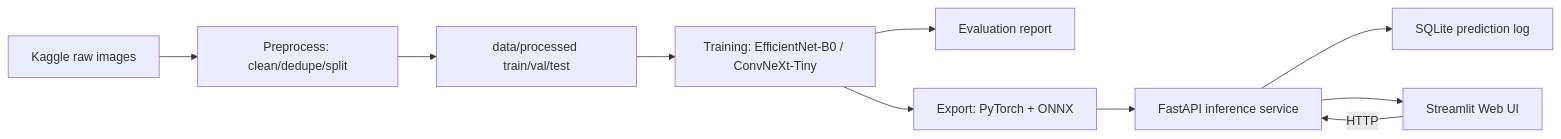
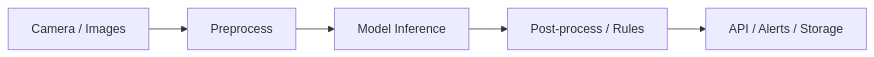
One commit to arghads9177/waste-collection-detection changed the diagram in docs/TDD.md. Above: the diagram before and after it, drawn with Mermaid. The commit also changed other lines of this file and 31 other files, not shown here.

````diff
--- a/docs/TDD.md
+++ b/docs/TDD.md
@@ -7,12 +8,7 @@
 ```mermaid
 flowchart LR
-  A[Kaggle raw images] --> B[Preprocess: clean/dedupe/split]
-  B --> C[data/processed train/val/test]
-  C --> D[Training: EfficientNet-B0 / ConvNeXt-Tiny]
-  D --> E[Evaluation report]
-  D --> F[Export: PyTorch + ONNX]
-  F --> G[FastAPI inference service]
-  G --> H[SQLite prediction log]
-  G --> I[Streamlit Web UI]
-  I -->|HTTP| G
+  A[Camera / Images] --> B[Preprocess]
+  B --> C[Model Inference]
+  C --> D[Post-process / Rules]
+  D --> E[API / Alerts / Storage]
 ```
````
